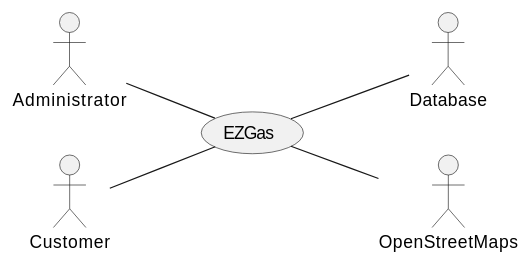
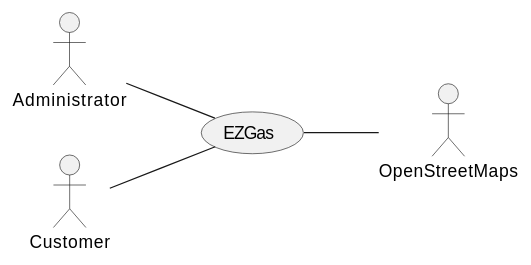
Before and after one commit to SoftengPoliTo/Lab2: the first of 4 diagrams in REQ_s274148.md, drawn with PlantUML.

Commit message:
Context diagram: remove Database

````diff
--- a/REQ_s274148.md
+++ b/REQ_s274148.md
@@ -47,11 +47,9 @@
 ```plantuml
 left to right direction
 actor Administrator as a
 actor Customer as b
-actor Database as c
-actor OpenStreetMaps as d
+actor OpenStreetMaps as c
 a -- (EZGas)
 b -- (EZGas)
 (EZGas) -- c
-(EZGas) -- d
 ```
````
